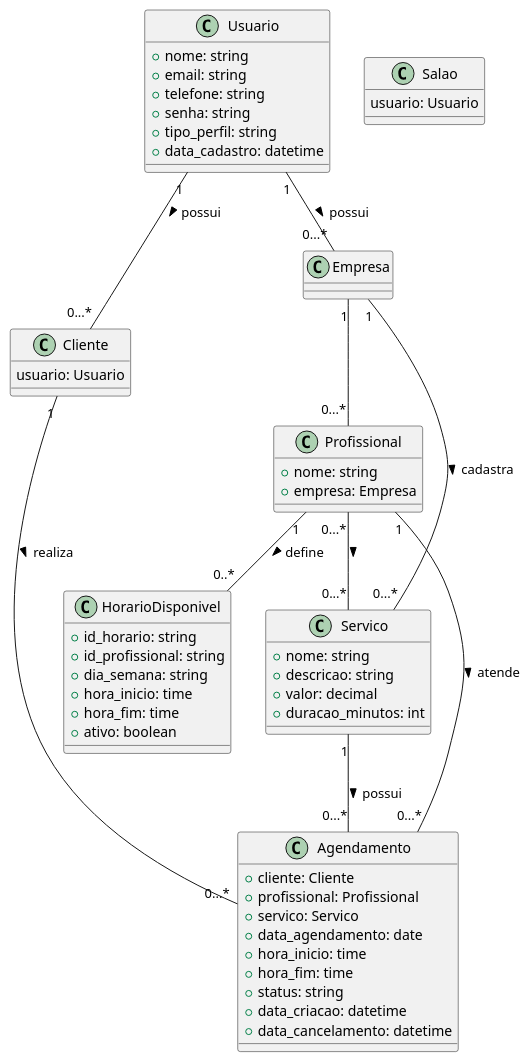
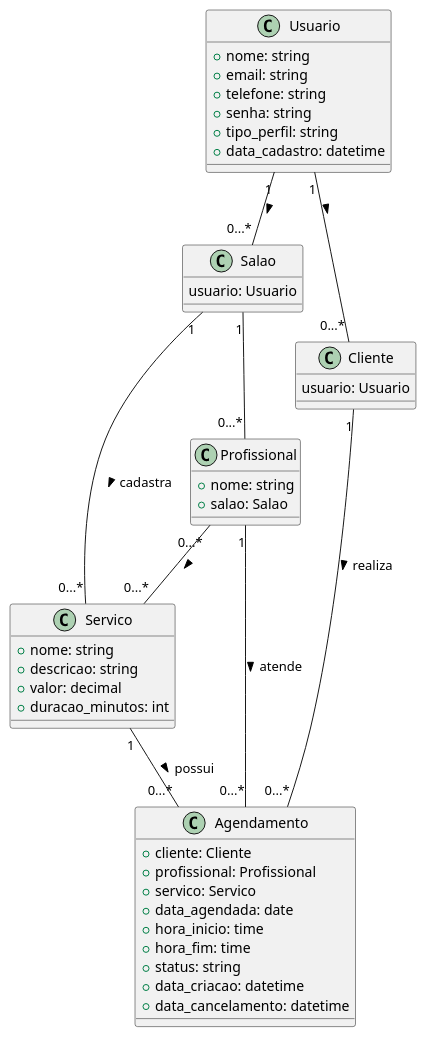
The diagram in diagrama.puml (lucasxsdw/BarberReserve-api), drawn with PlantUML before and after one commit. The commit also changed 26 other files, not shown here.

```diff
--- a/diagrama.puml
+++ b/diagrama.puml
@@ -1,62 +1,52 @@
 @startuml
 class Usuario {
     +nome: string
     +email: string
     +telefone: string
     +senha: string
     +tipo_perfil: string
     +data_cadastro: datetime
 }
 
 class Salao {
     usuario: Usuario
 }
 
 class Cliente {
     usuario: Usuario
 }
 
 class Profissional {
     +nome: string
-    +empresa: Empresa
+    +salao: Salao
 }
 
 class Servico {
     +nome: string
     +descricao: string
     +valor: decimal
     +duracao_minutos: int
 }
 
-class HorarioDisponivel {
-    +id_horario: string
-    +id_profissional: string
-    +dia_semana: string
-    +hora_inicio: time
-    +hora_fim: time
-    +ativo: boolean
-}
-
 class Agendamento {
     +cliente: Cliente
     +profissional: Profissional
     +servico: Servico
-    +data_agendamento: date
+    +data_agendada: date
     +hora_inicio: time
     +hora_fim: time
     +status: string
     +data_criacao: datetime
     +data_cancelamento: datetime
 }
 
 ' --- Associações ---
-Usuario "1" -- "0...*" Cliente : possui >
-Usuario "1" -- "0...*" Empresa : possui >
-Empresa "1" -- "0...*" Profissional
-Empresa "1" -- "0...*" Servico : cadastra >
-Profissional "1" -- "0..*" HorarioDisponivel : define >
+Usuario "1" -- "0...*" Cliente : >
+Usuario "1" -- "0...*" Salao : >
+Salao "1" -- "0...*" Profissional
+Salao "1" -- "0...*" Servico : cadastra >
 Profissional "0...*" -- "0...*" Servico : >
 Profissional "1" -- "0...*" Agendamento : atende >
 Cliente "1" -- "0...*" Agendamento : realiza >
 Servico "1" -- "0...*" Agendamento : possui >
 @enduml
```
